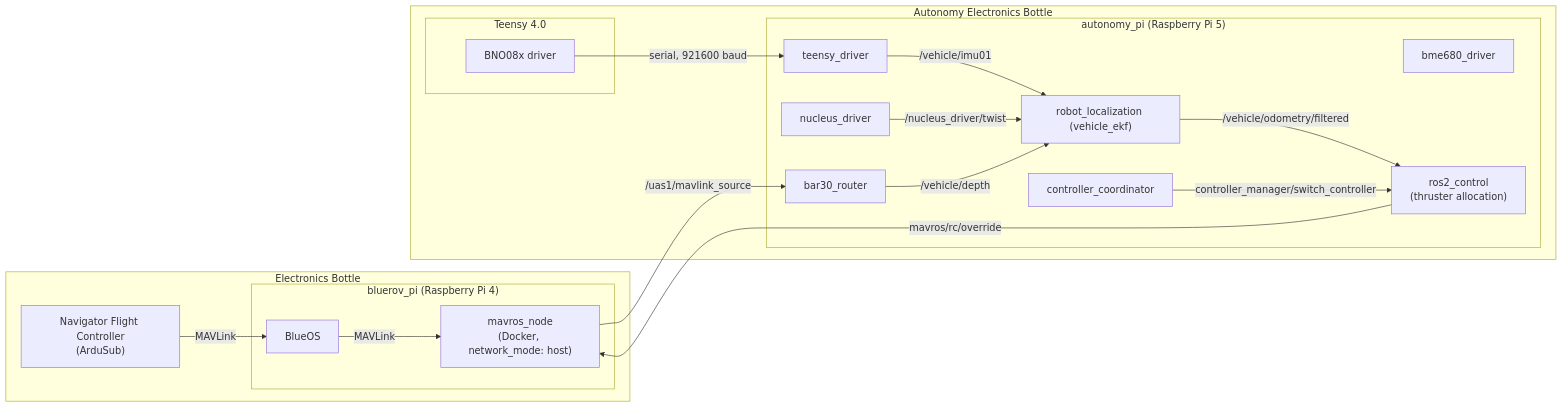
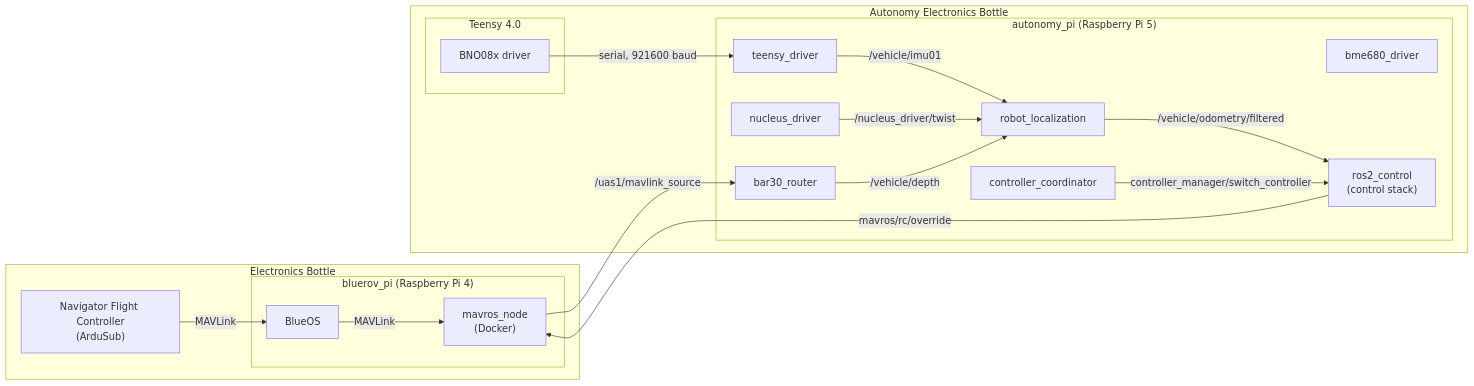
The diagram in README.md (Robotic-Decision-Making-Lab/RDML_BlueROV2_Deployment), drawn with Mermaid before and after one commit.

````diff
--- a/README.md
+++ b/README.md
@@ -44,38 +44,38 @@
 ```mermaid
 flowchart LR
     subgraph ElectronicsBottle["Electronics Bottle"]
         FC["Navigator Flight Controller\n(ArduSub)"]
 
         subgraph BlueROVPi["bluerov_pi (Raspberry Pi 4)"]
             BlueOS["BlueOS"]
-            MAVROS["mavros_node\n(Docker, network_mode: host)"]
+            MAVROS["mavros_node\n(Docker)"]
         end
     end
 
     subgraph AutonomyBottle["Autonomy Electronics Bottle"]
         subgraph AutonomyPi["autonomy_pi (Raspberry Pi 5)"]
             Agent["teensy_driver"]
             Bar30["bar30_router"]
             DVL["nucleus_driver"]
             BME["bme680_driver"]
-            EKF["robot_localization (vehicle_ekf)"]
-            RC["ros2_control\n(thruster allocation)"]
+            EKF["robot_localization"]
+            RC["ros2_control\n(control stack)"]
             Coord["controller_coordinator"]
         end
 
         subgraph Teensy["Teensy 4.0"]
             IMU["BNO08x driver"]
         end
     end
 
     FC -- MAVLink --> BlueOS
     BlueOS -- MAVLink --> MAVROS
     MAVROS -- "/uas1/mavlink_source" --> Bar30
     IMU -- "serial, 921600 baud" --> Agent
     Agent -- "/vehicle/imu01" --> EKF
     DVL -- "/nucleus_driver/twist" --> EKF
     Bar30 -- "/vehicle/depth" --> EKF
     EKF -- "/vehicle/odometry/filtered" --> RC
     Coord -- "controller_manager/switch_controller" --> RC
     RC -- "mavros/rc/override" --> MAVROS
 ```
````
